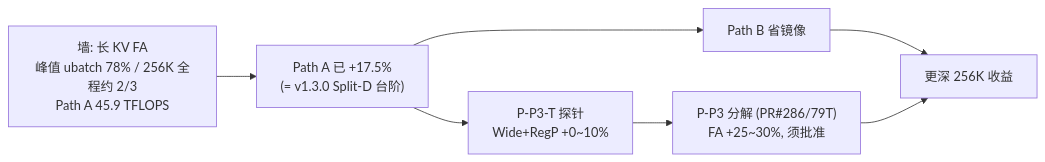
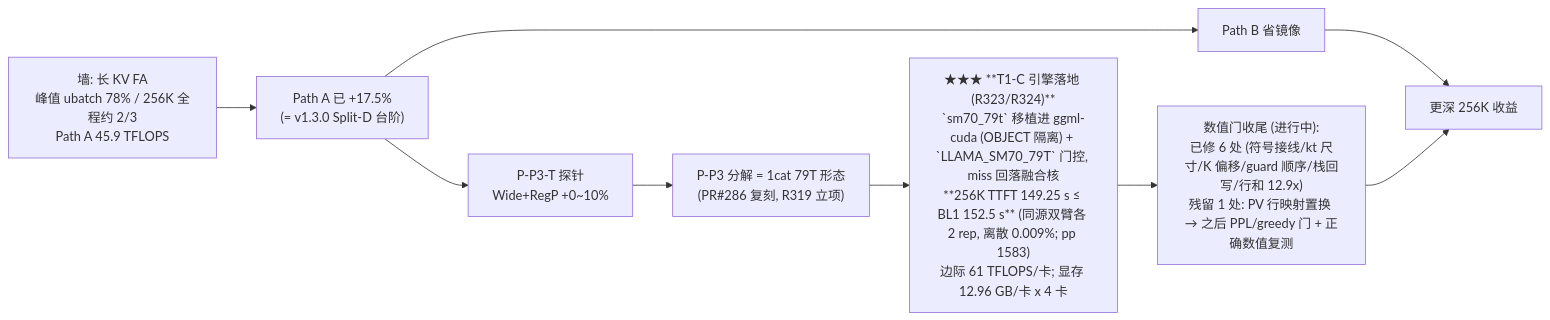
One commit to 1115714829/Llama.cpp-V100 changed the third of 3 diagrams in docs/v100-dev/4-规划拓扑图.md. Above: the diagram before and after it, drawn with Mermaid.

Commit message:
docs: handoff graph 4.3 - T1-C engine landed, 256K TTFT gate met

````diff
--- a/docs/v100-dev/4-规划拓扑图.md
+++ b/docs/v100-dev/4-规划拓扑图.md
@@ -113,9 +113,11 @@
 ```mermaid
 flowchart LR
   WALL["墙: 长 KV FA<br/>峰值 ubatch 78% / 256K 全程约 2/3<br/>Path A 45.9 TFLOPS"] --> PA["Path A 已 +17.5%<br/>(= v1.3.0 Split-D 台阶)"]
   PA --> PB["Path B 省镜像"]
   PA --> PT["P-P3-T 探针<br/>Wide+RegP +0~10%"]
-  PT --> PG["P-P3 分解 (PR#286/79T)<br/>FA +25~30%, 须批准"]
+  PT --> PG["P-P3 分解 = 1cat 79T 形态<br/>(PR#286 复刻, R319 立项)"]
   PB --> OK["更深 256K 收益"]
-  PG --> OK
+  PG --> T1C["★★★ **T1-C 引擎落地 (R323/R324)**<br/>`sm70_79t` 移植进 ggml-cuda (OBJECT 隔离) + `LLAMA_SM70_79T` 门控, miss 回落融合核<br/>**256K TTFT 149.25 s ≤ BL1 152.5 s** (同源双臂各 2 rep, 离散 0.009%; pp 1583)<br/>边际 61 TFLOPS/卡; 显存 12.96 GB/卡 x 4 卡"]
+  T1C --> T1CN["数值门收尾 (进行中):<br/>已修 6 处 (符号接线/kt 尺寸/K 偏移/guard 顺序/栈回写/行和 12.9x)<br/>残留 1 处: PV 行映射置换 → 之后 PPL/greedy 门 + 正确数值复测"]
+  T1CN --> OK
 ```
````
